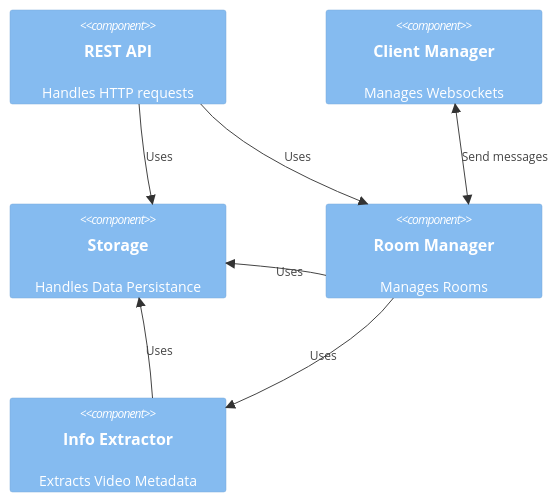
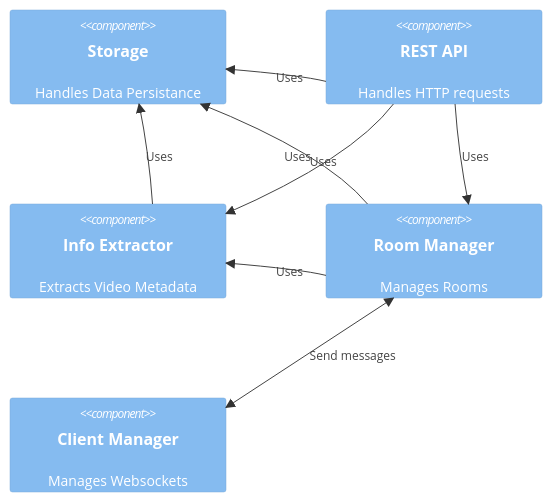
Before and after one commit to dyc3/senior-design: the diagram in figures/components-monolith.mmd, drawn with Mermaid. The commit also changed 1 other file, not shown here.

Commit message:
adjust component diagram again

```diff
--- a/figures/components-monolith.mmd
+++ b/figures/components-monolith.mmd
@@ -1,15 +1,16 @@
 C4Component
+    Component(storage, "Storage", "", "Handles Data Persistance")
     Component(api, "REST API", "", "Handles HTTP requests")
+    Component(infoext, "Info Extractor", "", "Extracts Video Metadata")
+    Component(roomman, "Room Manager", "", "Manages Rooms")
     Component(clientman, "Client Manager", "", "Manages Websockets")
-    Component(storage, "Storage", "", "Handles Data Persistance")
-    Component(roomman, "Room Manager", "", "Manages Rooms")
-    Component(infoext, "Info Extractor", "", "Extracts Video Metadata")
 
     BiRel(roomman, clientman, "Send messages")
     Rel(api, roomman, "Uses")
     Rel(roomman, infoext, "Uses")
     Rel(api, storage, "Uses")
+    Rel(api, infoext, "Uses")
     Rel(roomman, storage, "Uses")
     Rel(infoext, storage, "Uses")
 
     UpdateLayoutConfig($c4ShapeInRow="2", $c4BoundaryInRow="1")
```
